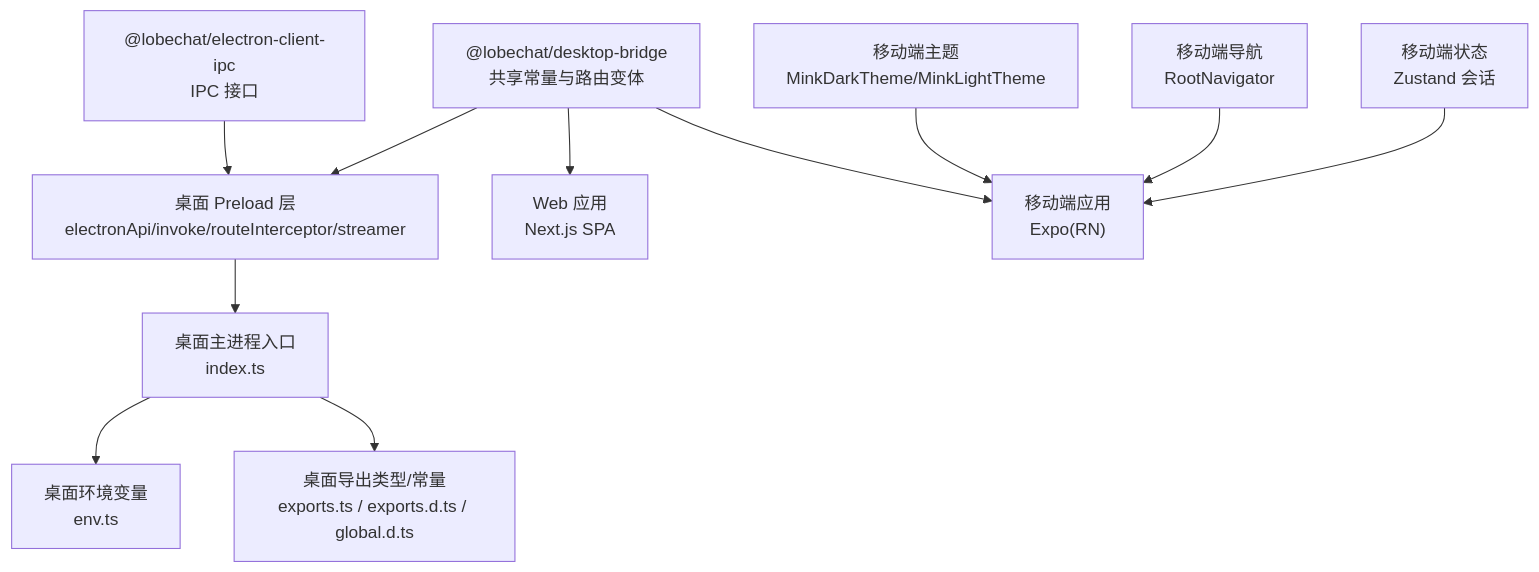
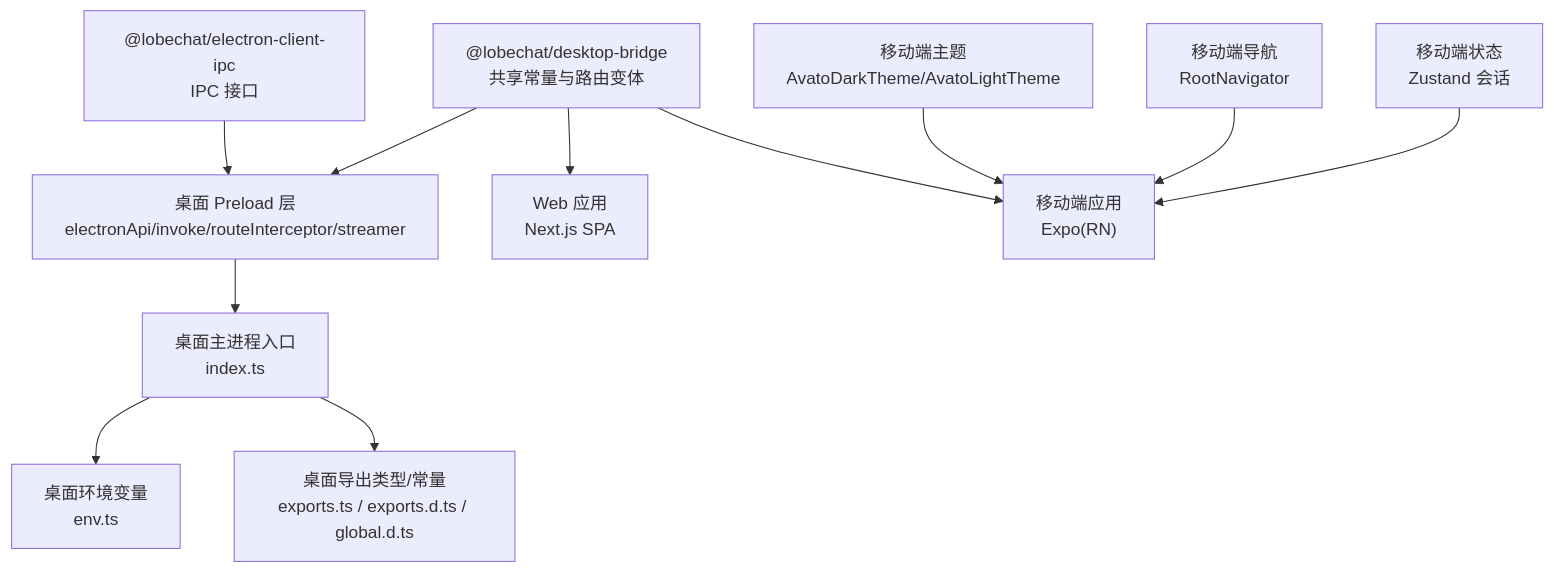
Before and after one commit to AvatoLabs/avato: the second of 6 diagrams in .qoder/repowiki/zh/content/架构设计/跨平台架构设计.md, drawn with Mermaid. The commit also changed 169 other files, not shown here.

````diff
--- a/.qoder/repowiki/zh/content/架构设计/跨平台架构设计.md
+++ b/.qoder/repowiki/zh/content/架构设计/跨平台架构设计.md
@@ -117,24 +117,24 @@
 ```mermaid
 graph TB
 Bridge["@lobechat/desktop-bridge<br/>共享常量与路由变体"]
 IPC["@lobechat/electron-client-ipc<br/>IPC 接口"]
 Preload["桌面 Preload 层<br/>electronApi/invoke/routeInterceptor/streamer"]
 MainIdx["桌面主进程入口<br/>index.ts"]
 Env["桌面环境变量<br/>env.ts"]
 Exports["桌面导出类型/常量<br/>exports.ts / exports.d.ts / global.d.ts"]
 Web["Web 应用<br/>Next.js SPA"]
 Mobile["移动端应用<br/>Expo(RN)"]
-Themes["移动端主题<br/>MinkDarkTheme/MinkLightTheme"]
+Themes["移动端主题<br/>AvatoDarkTheme/AvatoLightTheme"]
 Nav["移动端导航<br/>RootNavigator"]
 Store["移动端状态<br/>Zustand 会话"]
 Bridge --> Preload
 IPC --> Preload
 Preload --> MainIdx
 MainIdx --> Env
 MainIdx --> Exports
 Bridge --> Web
 Bridge --> Mobile
 Themes --> Mobile
 Nav --> Mobile
 Store --> Mobile
 ```
````
